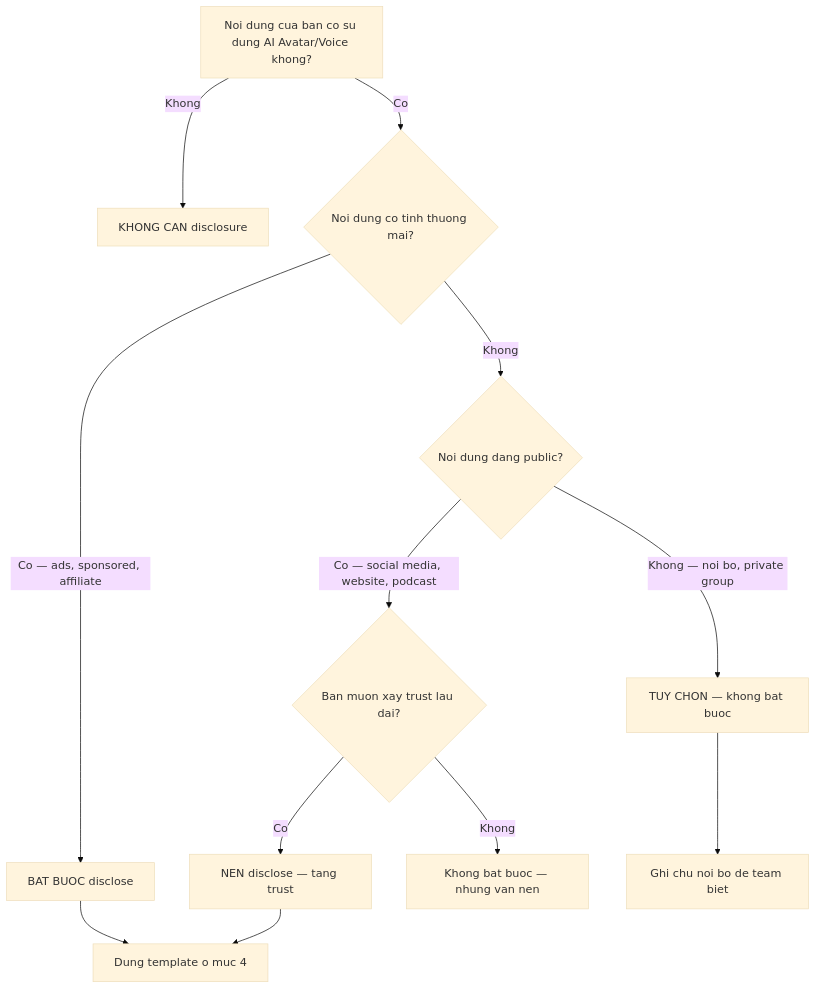
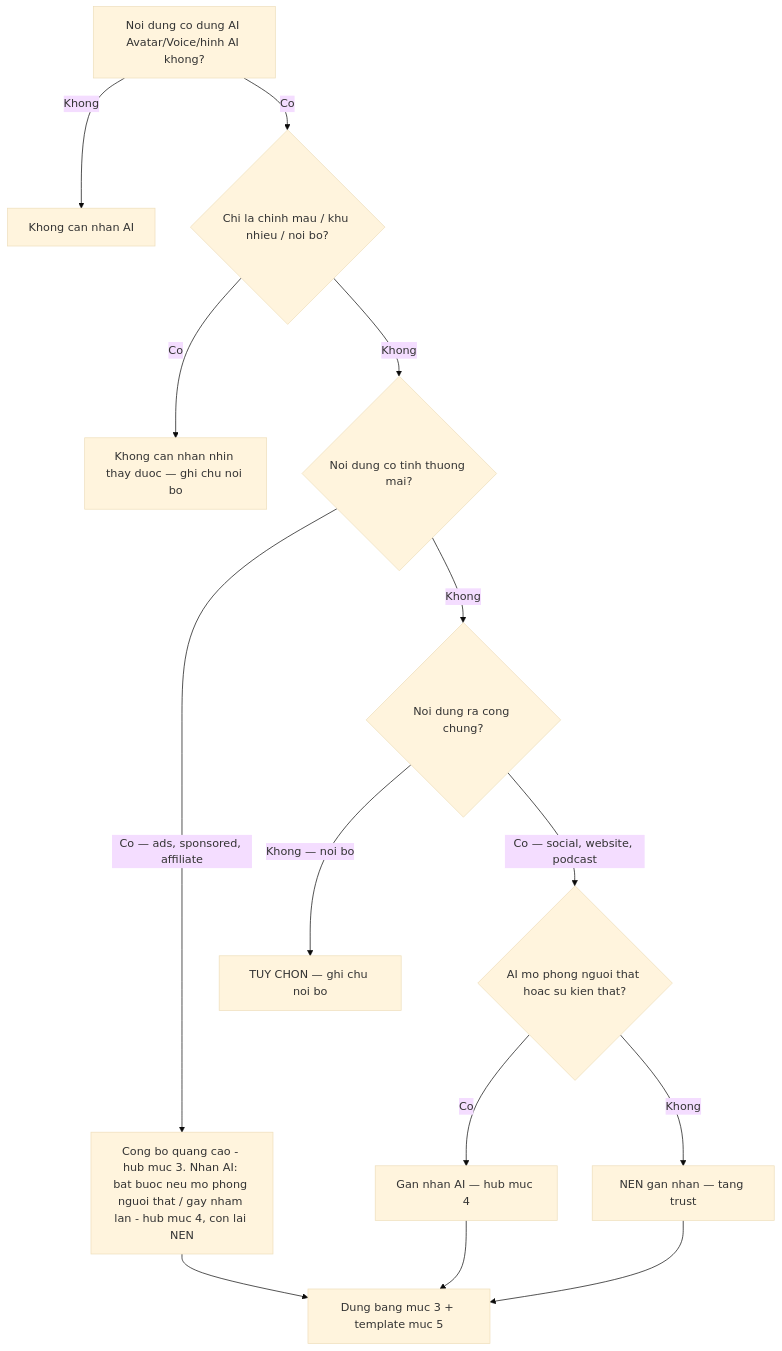
One commit to gabrielmoreira/agent-skills-mirror changed the diagram in mirrors/repos/minhnv0807@fullstack-mkt-skills/skills/vi/references/ai-video-disclosure-vn.md. Above: the diagram before and after it, drawn with Mermaid (base theme). The commit also changed other lines of this file and 5918 other files, not shown here.

````diff
--- a/mirrors/repos/minhnv0807@fullstack-mkt-skills/skills/vi/references/ai-video-disclosure-vn.md
+++ b/mirrors/repos/minhnv0807@fullstack-mkt-skills/skills/vi/references/ai-video-disclosure-vn.md
@@ -217,18 +138,20 @@
 ```mermaid
 flowchart TD
-    A[Noi dung cua ban co su dung AI Avatar/Voice khong?] -->|Khong| B[KHONG CAN disclosure]
-    A -->|Co| C{Noi dung co tinh thuong mai?}
+    A[Noi dung co dung AI Avatar/Voice/hinh AI khong?] -->|Khong| B[Khong can nhan AI]
+    A -->|Co| X{Chi la chinh mau / khu nhieu / noi bo?}
+    X -->|Co| Y[Khong can nhan nhin thay duoc — ghi chu noi bo]
+    X -->|Khong| C{Noi dung co tinh thuong mai?}
 
-    C -->|Co — ads, sponsored, affiliate| D[BAT BUOC disclose]
-    C -->|Khong| E{Noi dung dang public?}
+    C -->|Co — ads, sponsored, affiliate| D[Cong bo quang cao - hub muc 3. Nhan AI: bat buoc neu mo phong nguoi that / gay nham lan - hub muc 4, con lai NEN]
+    C -->|Khong| E{Noi dung ra cong chung?}
 
-    E -->|Co — social media, website, podcast| F{Ban muon xay trust lau dai?}
-    E -->|Khong — noi bo, private group| G[TUY CHON — khong bat buoc]
+    E -->|Co — social, website, podcast| F{AI mo phong nguoi that hoac su kien that?}
+    E -->|Khong — noi bo| G[TUY CHON — ghi chu noi bo]
 
-    F -->|Co| H[NEN disclose — tang trust]
-    F -->|Khong| I[Khong bat buoc — nhung van nen]
+    F -->|Co| H[Gan nhan AI — hub muc 4]
+    F -->|Khong| I[NEN gan nhan — tang trust]
 
-    D --> J[Dung template o muc 4]
+    D --> J[Dung bang muc 3 + template muc 5]
     H --> J
-    G --> K[Ghi chu noi bo de team biet]
+    I --> J
 ```
````
